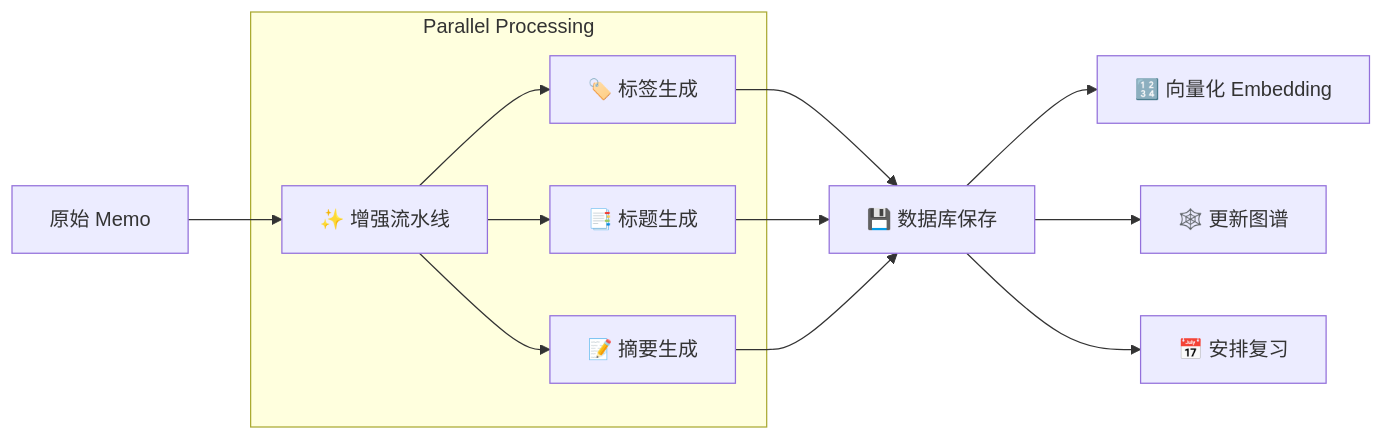
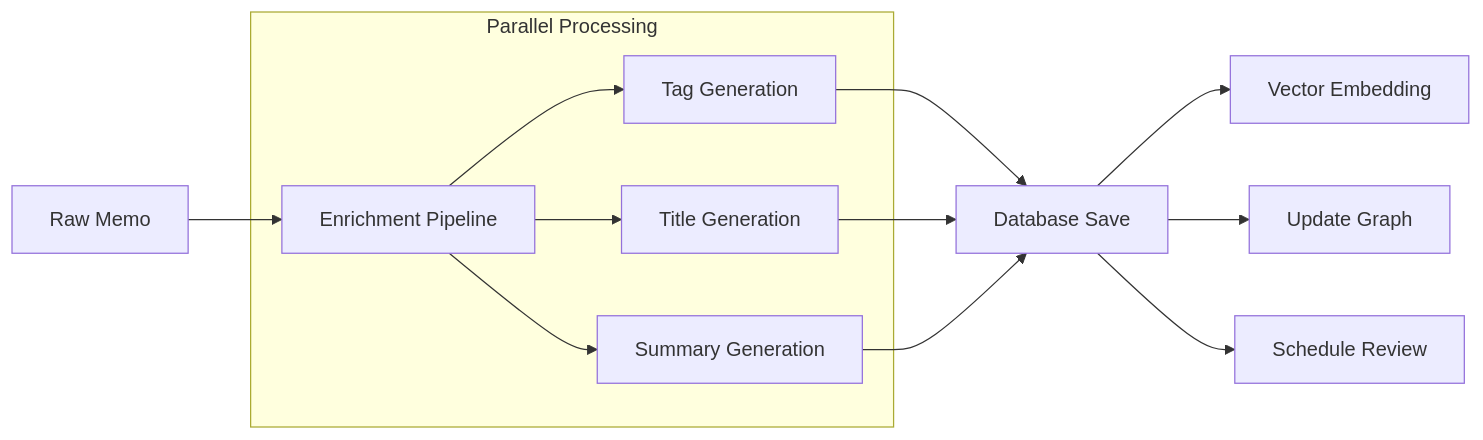
One commit to 88lin/divinesense changed the third of 3 diagrams in ai/README.md. Above: the diagram before and after it, drawn with Mermaid. The commit also changed other lines of this file and 27 other files, not shown here.

````diff
--- a/ai/README.md
+++ b/ai/README.md
@@ -130,16 +134,16 @@
 ```mermaid
 flowchart LR
-    Input[原始 Memo] --> Enrich[✨ 增强流水线]
-    
+    Input[Raw Memo] --> Enrich[Enrichment Pipeline]
+
     subgraph Parallel Processing
-        Enrich --> Tags[🏷️ 标签生成]
-        Enrich --> Title[📑 标题生成]
-        Enrich --> Summary[📝 摘要生成]
+        Enrich --> Tags[Tag Generation]
+        Enrich --> Title[Title Generation]
+        Enrich --> Summary[Summary Generation]
     end
-    
-    Tags & Title & Summary --> Save[💾 数据库保存]
-    
-    Save --> Embed[🔢 向量化 Embedding]
-    Save --> Graph[🕸️ 更新图谱]
-    Save --> Review[📅 安排复习]
+
+    Tags & Title & Summary --> Save[Database Save]
+
+    Save --> Embed[Vector Embedding]
+    Save --> Graph[Update Graph]
+    Save --> Review[Schedule Review]
 ```
````
